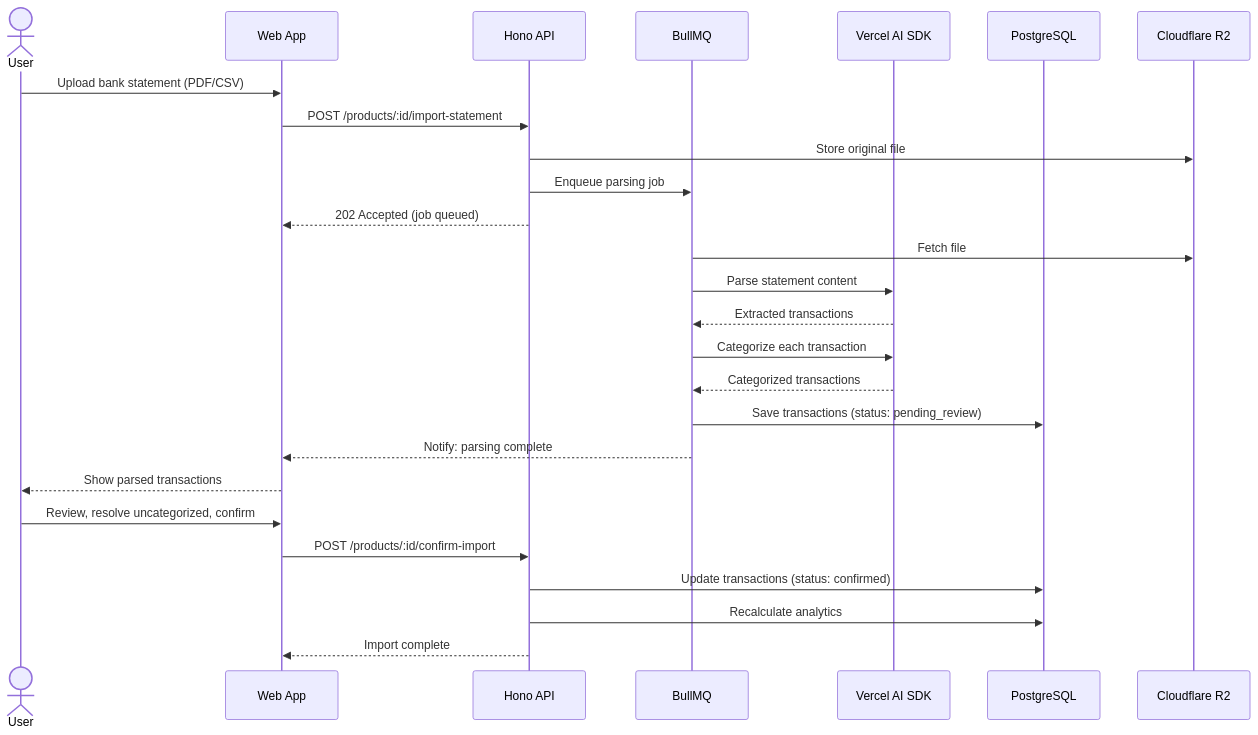
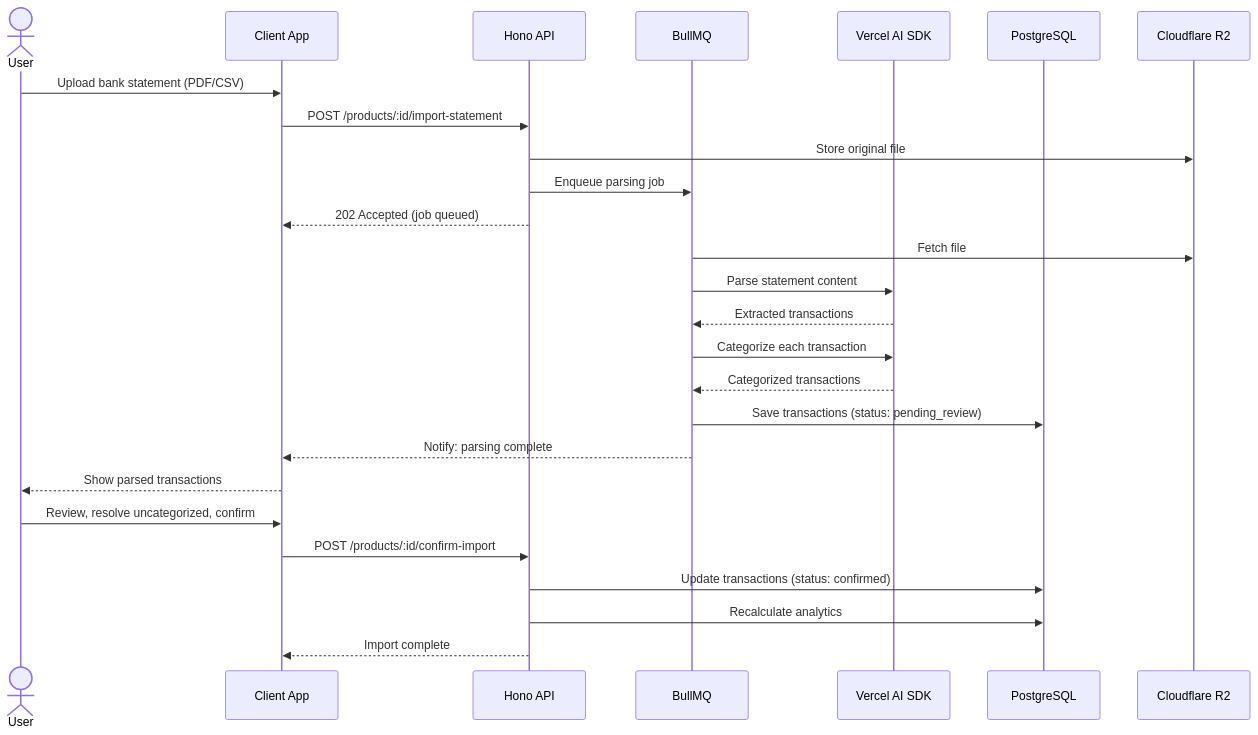
The eighth of 8 diagrams in docs/ARCHITECTURE.md (Dsantiagomj/rumbo), drawn with Mermaid before and after one commit. The commit also changed other lines of this file and 4 other files, not shown here.

````diff
--- a/docs/ARCHITECTURE.md
+++ b/docs/ARCHITECTURE.md
@@ -396,33 +420,33 @@
 ```mermaid
 sequenceDiagram
     actor User
-    participant Web as Web App
+    participant Client as Client App
     participant API as Hono API
     participant Queue as BullMQ
     participant AI as Vercel AI SDK
     participant DB as PostgreSQL
     participant R2 as Cloudflare R2
 
-    User->>Web: Upload bank statement (PDF/CSV)
-    Web->>API: POST /products/:id/import-statement
+    User->>Client: Upload bank statement (PDF/CSV)
+    Client->>API: POST /products/:id/import-statement
     API->>R2: Store original file
     API->>Queue: Enqueue parsing job
-    API-->>Web: 202 Accepted (job queued)
+    API-->>Client: 202 Accepted (job queued)
 
     Queue->>R2: Fetch file
     Queue->>AI: Parse statement content
     AI-->>Queue: Extracted transactions
 
     Queue->>AI: Categorize each transaction
     AI-->>Queue: Categorized transactions
 
     Queue->>DB: Save transactions (status: pending_review)
-    Queue-->>Web: Notify: parsing complete
+    Queue-->>Client: Notify: parsing complete
 
-    Web-->>User: Show parsed transactions
-    User->>Web: Review, resolve uncategorized, confirm
-    Web->>API: POST /products/:id/confirm-import
+    Client-->>User: Show parsed transactions
+    User->>Client: Review, resolve uncategorized, confirm
+    Client->>API: POST /products/:id/confirm-import
     API->>DB: Update transactions (status: confirmed)
     API->>DB: Recalculate analytics
-    API-->>Web: Import complete
+    API-->>Client: Import complete
 ```
````
